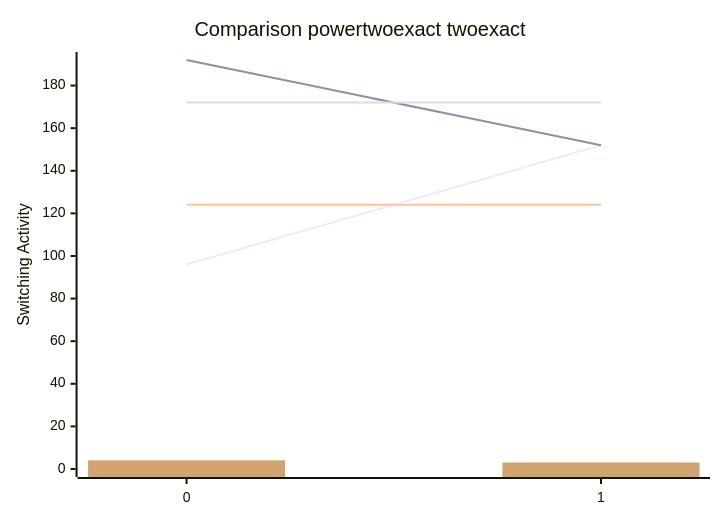
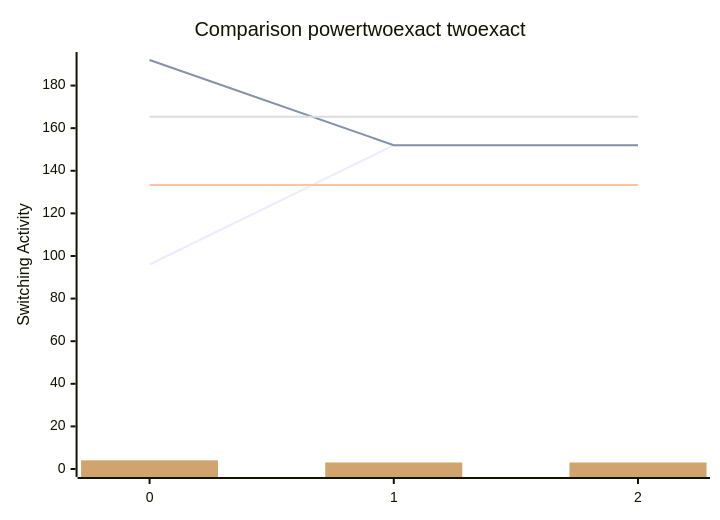
One commit to FeldmeierMichael/Exact-Power-Synthesis changed the diagram in benchmark.md. Above: the diagram before and after it, drawn with Mermaid. The commit also changed other lines of this file and 2 other files, not shown here.

````diff
--- a/benchmark.md
+++ b/benchmark.md
@@ -5,12 +7,12 @@
 ```mermaid
 xychart-beta
     title "Comparison powertwoexact twoexact"
-    x-axis [0, 1]
+    x-axis [0, 1, 2]
     y-axis "Switching Activity" 0-->192
-    line [96, 152]
-    line [192, 152]
-    line [124.0, 124.0]
-    line [172.0, 172.0]
-    bar [4, 3, 4, 3, 4, 3, 4, 3, 4, 3, 4, 3, 4, 3, 4, 3, 4, 3, 4, 3, 4, 3, 4, 3, 4, 3, 4, 3, 4, 3, 4, 3, 4, 3, 4, 3, 4, 3, 4, 3]
-    bar [4, 3, 4, 3, 4, 3, 4, 3, 4, 3, 4, 3, 4, 3, 4, 3, 4, 3, 4, 3, 4, 3, 4, 3, 4, 3, 4, 3, 4, 3, 4, 3, 4, 3, 4, 3, 4, 3, 4, 3]
+    line [96, 152, 152]
+    line [192, 152, 152]
+    line [133.33333333333334, 133.33333333333334, 133.33333333333334]
+    line [165.33333333333334, 165.33333333333334, 165.33333333333334]
+    bar [4, 3, 3, 4, 3, 3, 4, 3, 3, 4, 3, 3, 4, 3, 3, 4, 3, 3, 4, 3, 3, 4, 3, 3, 4, 3, 3, 4, 3, 3, 4, 3, 3, 4, 3, 3, 4, 3, 3, 4, 3, 3, 4, 3, 3, 4, 3, 3, 4, 3, 3, 4, 3, 3, 4, 3, 3, 4, 3, 3]
+    bar [4, 3, 3, 4, 3, 3, 4, 3, 3, 4, 3, 3, 4, 3, 3, 4, 3, 3, 4, 3, 3, 4, 3, 3, 4, 3, 3, 4, 3, 3, 4, 3, 3, 4, 3, 3, 4, 3, 3, 4, 3, 3, 4, 3, 3, 4, 3, 3, 4, 3, 3, 4, 3, 3, 4, 3, 3, 4, 3, 3]
 ```
````
